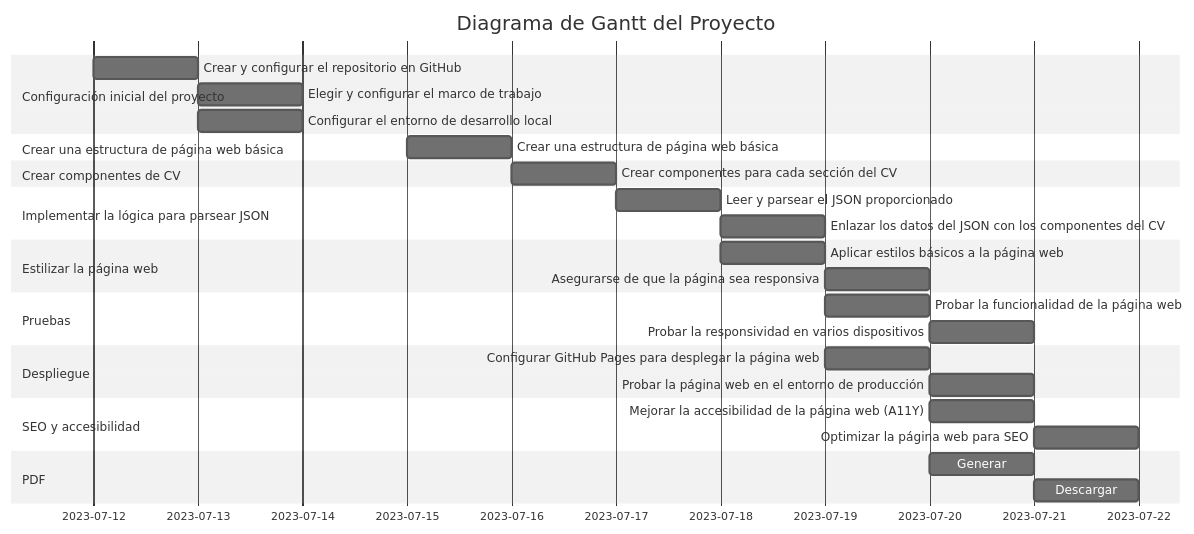
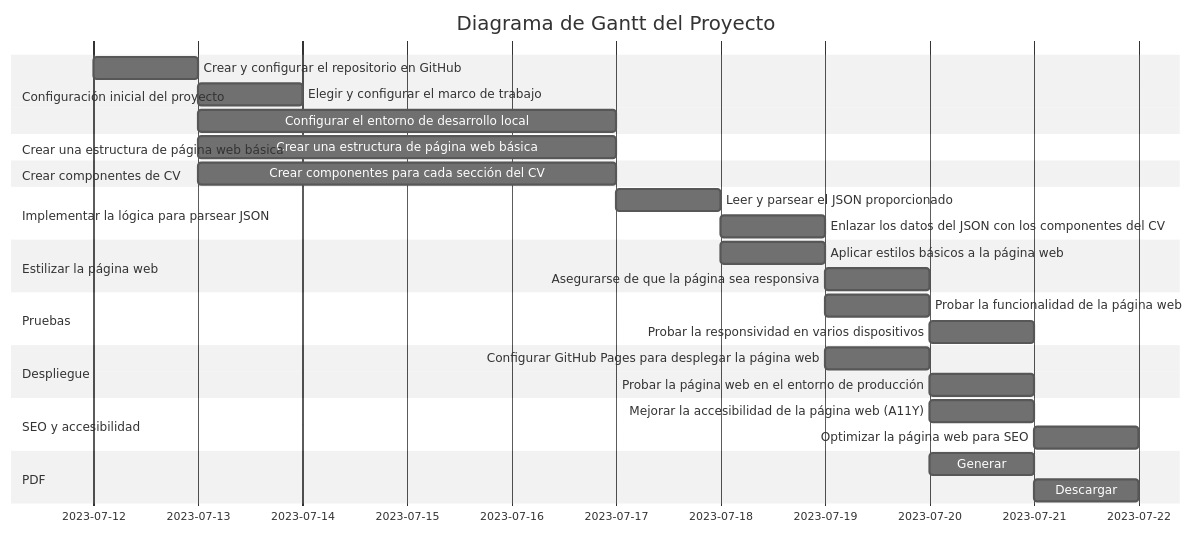
Before and after one commit to elMestreAcademy/awesomic_sivi: the first of 2 diagrams in backlog.md, drawn with Mermaid (neutral theme).

Commit message:
Plan 002

````diff
--- a/backlog.md
+++ b/backlog.md
@@ -62,41 +62,39 @@
 ```mermaid
 gantt
     dateFormat  YYYY-MM-DD
     title Diagrama de Gantt del Proyecto
 
     section Configuración inicial del proyecto
     Crear y configurar el repositorio en GitHub :a1, 2023-07-12, 1d
     Elegir y configurar el marco de trabajo :after a1, 1d
-    Configurar el entorno de desarrollo local :after a1, 1d
-
+    Configurar el entorno de desarrollo local :after a1, 4d
     section Crear una estructura de página web básica
-    Crear una estructura de página web básica :b1, 2023-07-15, 1d
-
+    Crear una estructura de página web básica :after a1, 4d
     section Crear componentes de CV
-    Crear componentes para cada sección del CV :c1, 2023-07-16, 1d
+    Crear componentes para cada sección del CV :after a1, 4d
 
     section Implementar la lógica para parsear JSON
     Leer y parsear el JSON proporcionado :d1, 2023-07-17, 1d
     Enlazar los datos del JSON con los componentes del CV :after d1, 1d
 
     section Estilizar la página web
     Aplicar estilos básicos a la página web :e1, 2023-07-18, 1d
     Asegurarse de que la página sea responsiva :after e1, 1d
 
     section Pruebas
     Probar la funcionalidad de la página web :f1, 2023-07-19, 1d
     Probar la responsividad en varios dispositivos :after f1, 1d
 
     section Despliegue
     Configurar GitHub Pages para desplegar la página web :g1, 2023-07-19, 1d
     Probar la página web en el entorno de producción :after g1, 1d
 
     section SEO y accesibilidad
     Mejorar la accesibilidad de la página web (A11Y) :h1, 2023-07-20, 1d
     Optimizar la página web para SEO :after h1, 1d
 
     section PDF
     Generar :i1, 2023-07-20, 1d
     Descargar :after i1, 1d
 
 ```
````
